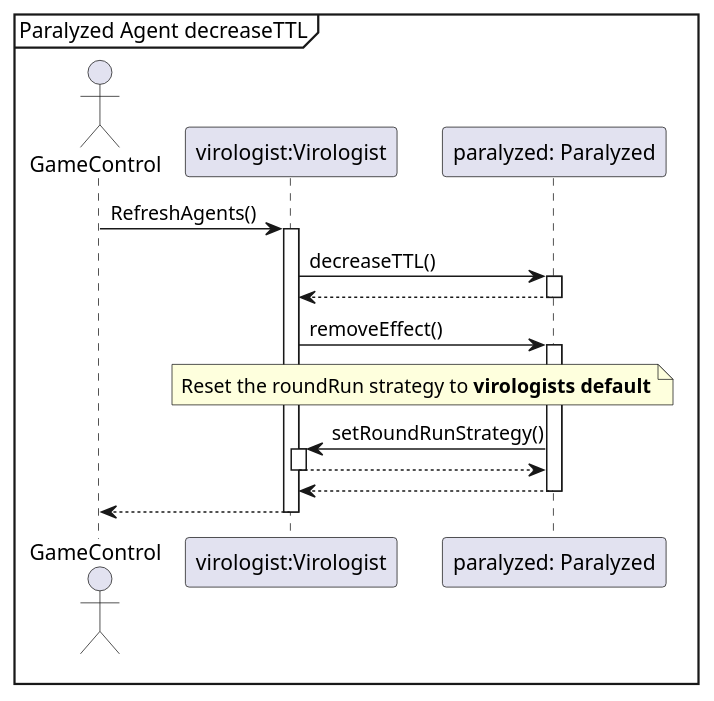
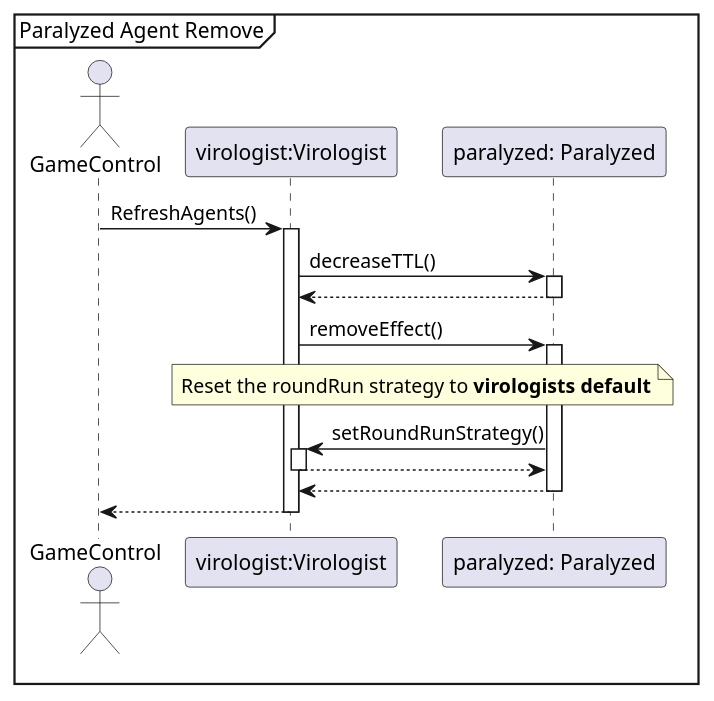
One commit to Projlab-csb/projlab-virologus changed the diagram in Exact Sequence-diagrams/ParalyzeAgentRemove.puml. Above: the diagram before and after it, drawn with PlantUML. The commit also changed 2 other files, not shown here.

```diff
--- a/Exact Sequence-diagrams/ParalyzeAgentRemove.puml
+++ b/Exact Sequence-diagrams/ParalyzeAgentRemove.puml
@@ -1,25 +1,25 @@
 @startuml
 'https://plantuml.com/sequence-diagram
 
-mainframe Paralyzed Agent decreaseTTL
+mainframe Paralyzed Agent Remove
 
 actor GameControl
 
 
 GameControl->"virologist:Virologist"++: RefreshAgents()
     "virologist:Virologist"->"paralyzed: Paralyzed"++:decreaseTTL()
     "paralyzed: Paralyzed"-->"virologist:Virologist"--
     "virologist:Virologist"->"paralyzed: Paralyzed"++:removeEffect()
     note over "virologist:Virologist", "paralyzed: Paralyzed"
     Reset the roundRun strategy to **virologists default**
     end note
 
     "paralyzed: Paralyzed" -> "virologist:Virologist"++: setRoundRunStrategy()
     "virologist:Virologist" --> "paralyzed: Paralyzed"--
 
     "paralyzed: Paralyzed"-->"virologist:Virologist" --
 "virologist:Virologist"-->GameControl--
 
 
 
 @enduml
```
